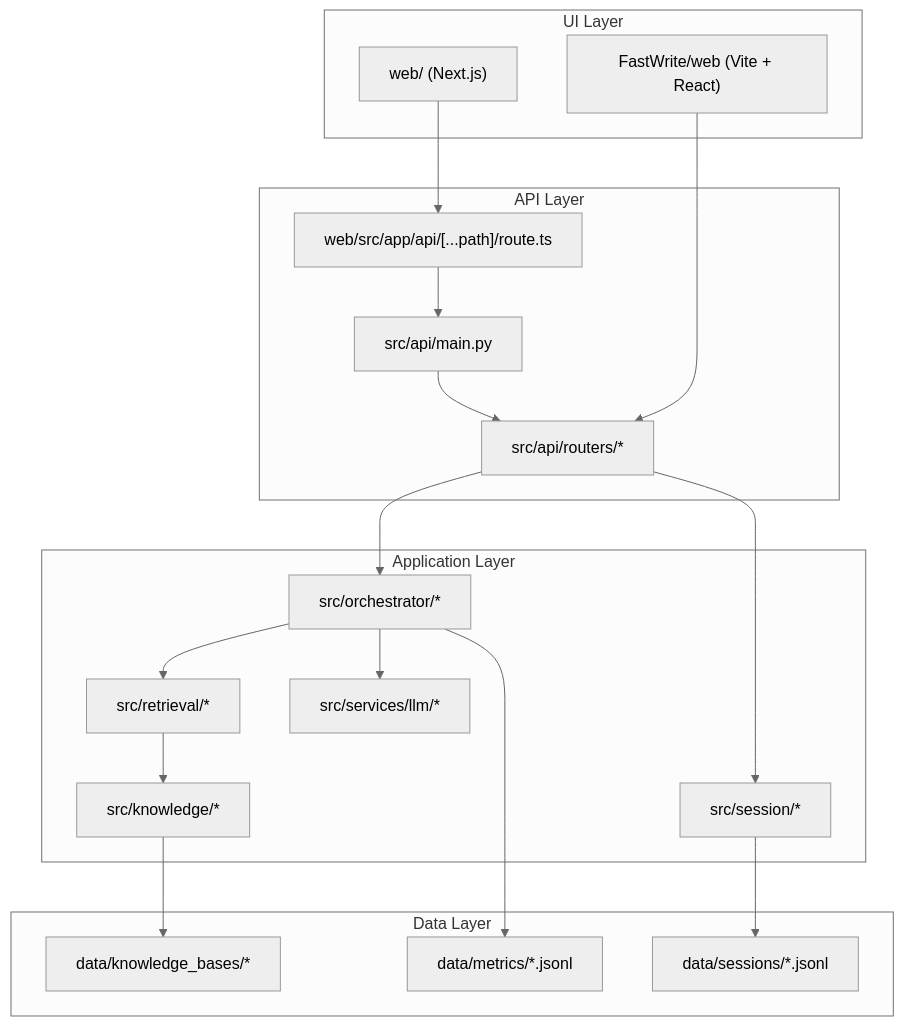
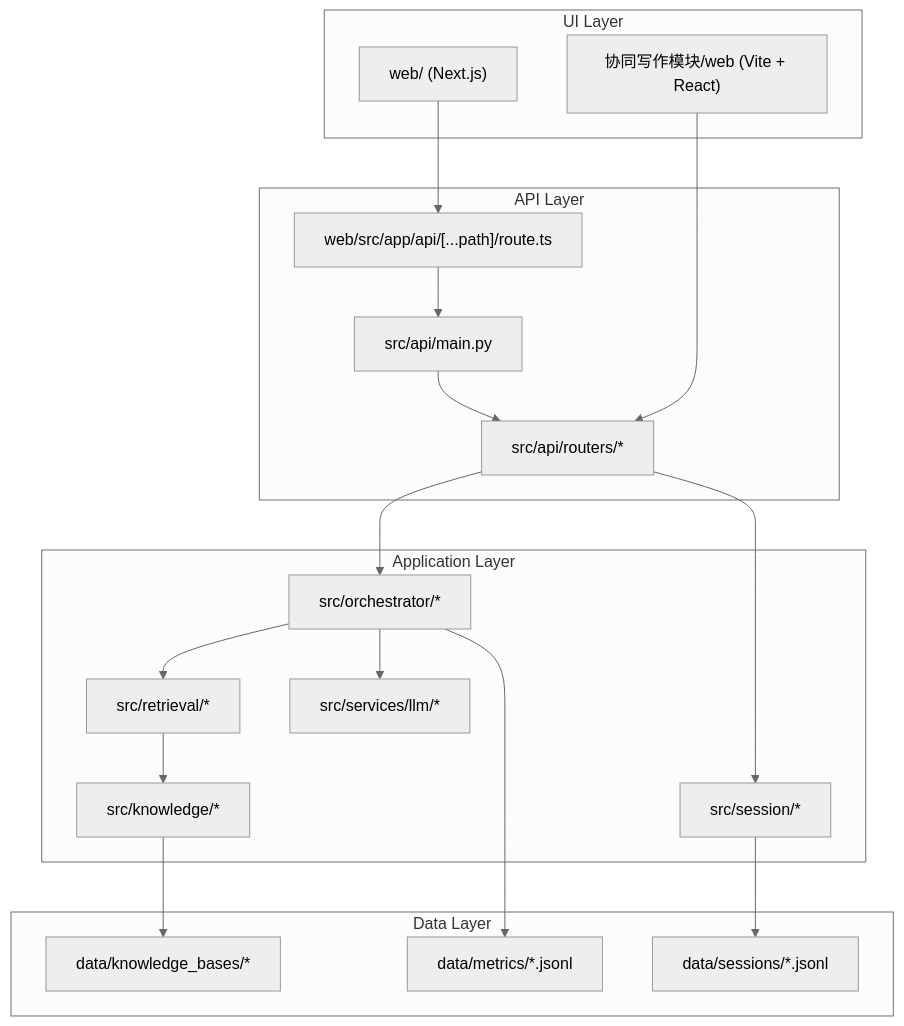
The first of 3 diagrams in docs/upgrade/architecture-onboarding.md (qwerzbn/writingbot), drawn with Mermaid (neutral theme) before and after one commit. The commit also changed 18 other files, not shown here.

````diff
--- a/docs/upgrade/architecture-onboarding.md
+++ b/docs/upgrade/architecture-onboarding.md
@@ -7,37 +7,37 @@
 ```mermaid
 flowchart TB
   subgraph UI["UI Layer"]
     WEB["web/ (Next.js)"]
-    FW["FastWrite/web (Vite + React)"]
+    FW["协同写作模块/web (Vite + React)"]
   end
 
   subgraph API["API Layer"]
     PROXY["web/src/app/api/[...path]/route.ts"]
     MAIN["src/api/main.py"]
     ROUTERS["src/api/routers/*"]
   end
 
   subgraph APP["Application Layer"]
     ORCH["src/orchestrator/*"]
     RET["src/retrieval/*"]
     LLM["src/services/llm/*"]
     SESS["src/session/*"]
     KB["src/knowledge/*"]
   end
 
   subgraph DATA["Data Layer"]
     DKB["data/knowledge_bases/*"]
     DSESS["data/sessions/*.jsonl"]
     DMET["data/metrics/*.jsonl"]
   end
 
   WEB --> PROXY --> MAIN --> ROUTERS
   FW --> ROUTERS
   ROUTERS --> ORCH
   ORCH --> RET --> KB
   ORCH --> LLM
   ROUTERS --> SESS
   KB --> DKB
   SESS --> DSESS
   ORCH --> DMET
 ```
````
